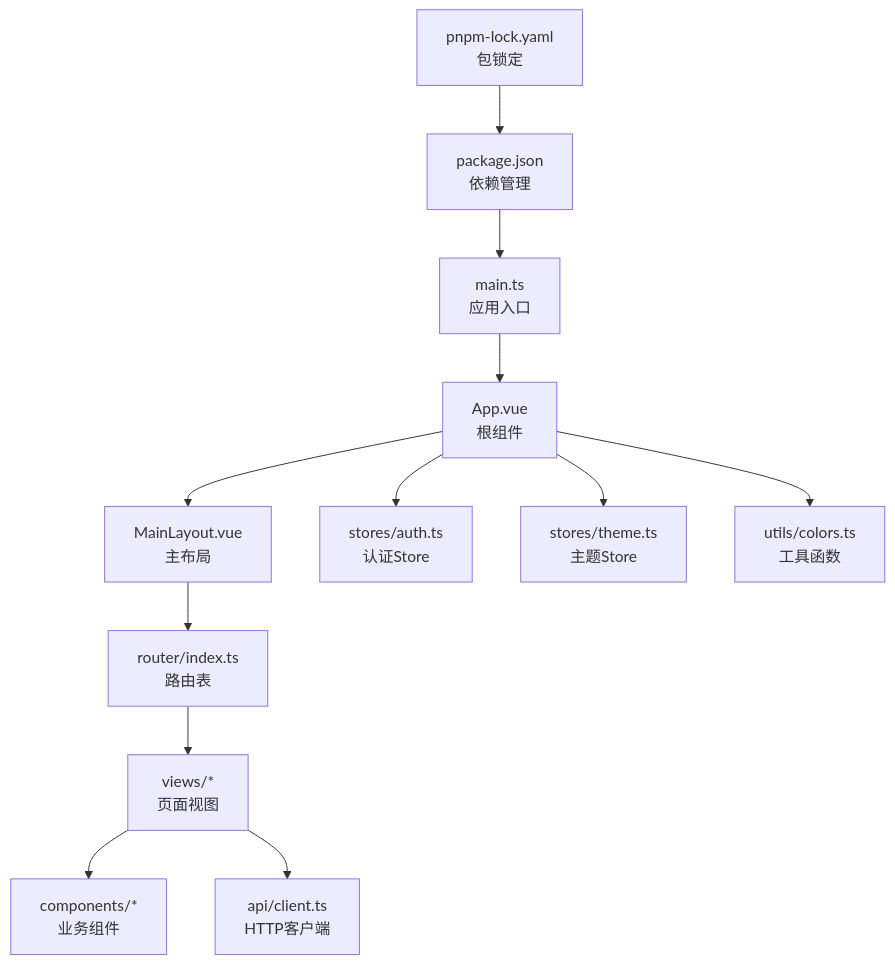
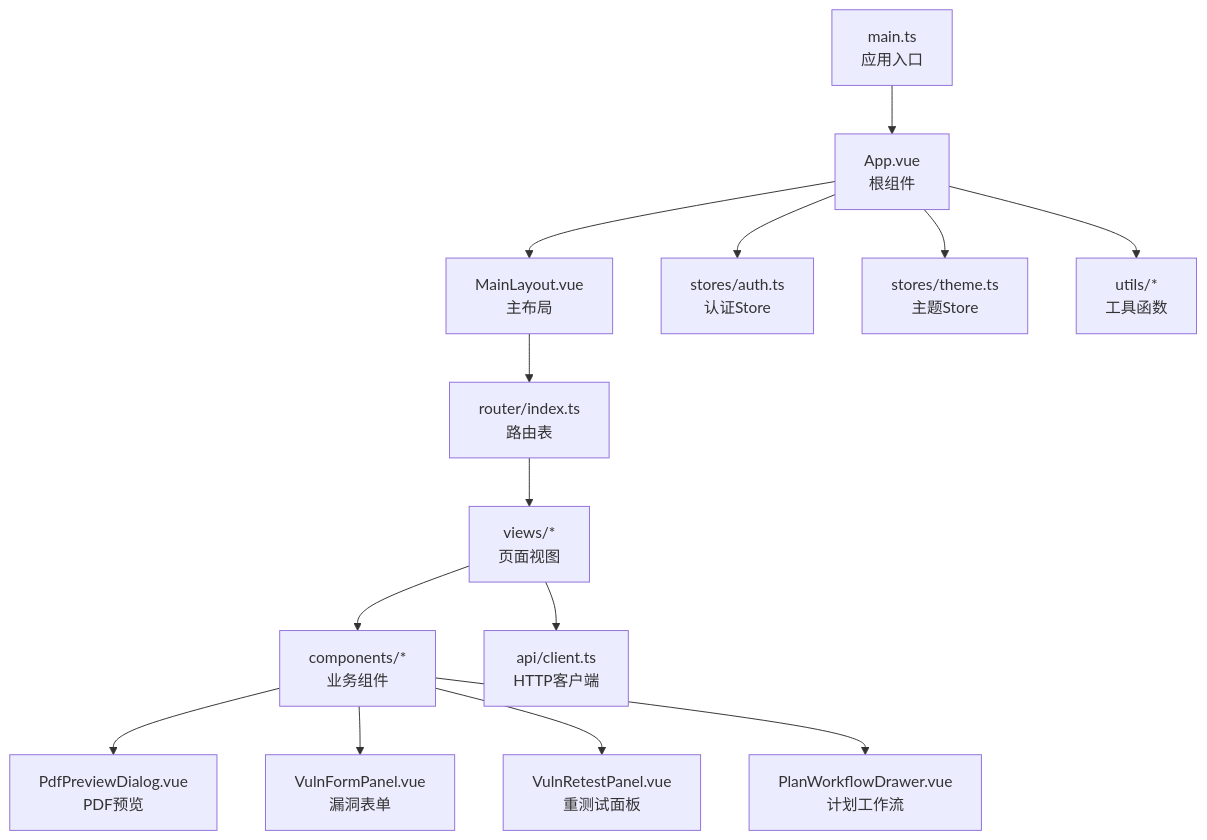
The first of 6 diagrams in .qoder/repowiki/zh/content/前端组件/前端组件.md (vu1Art1st/talos), drawn with Mermaid before and after one commit. The commit also changed other lines of this file and 132 other files, not shown here.

````diff
--- a/.qoder/repowiki/zh/content/前端组件/前端组件.md
+++ b/.qoder/repowiki/zh/content/前端组件/前端组件.md
@@ -74,14 +80,16 @@
 ```mermaid
 graph TB
 A["main.ts<br/>应用入口"] --> B["App.vue<br/>根组件"]
 B --> C["MainLayout.vue<br/>主布局"]
 C --> D["router/index.ts<br/>路由表"]
 D --> E["views/*<br/>页面视图"]
 B --> F["stores/auth.ts<br/>认证Store"]
 B --> G["stores/theme.ts<br/>主题Store"]
 E --> H["components/*<br/>业务组件"]
 E --> I["api/client.ts<br/>HTTP客户端"]
-B --> J["utils/colors.ts<br/>工具函数"]
-K["package.json<br/>依赖管理"] --> A
-L["pnpm-lock.yaml<br/>包锁定"] --> K
+B --> J["utils/*<br/>工具函数"]
+H --> K["PdfPreviewDialog.vue<br/>PDF预览"]
+H --> L["VulnFormPanel.vue<br/>漏洞表单"]
+H --> M["VulnRetestPanel.vue<br/>重测试面板"]
+H --> N["PlanWorkflowDrawer.vue<br/>计划工作流"]
 ```
````
